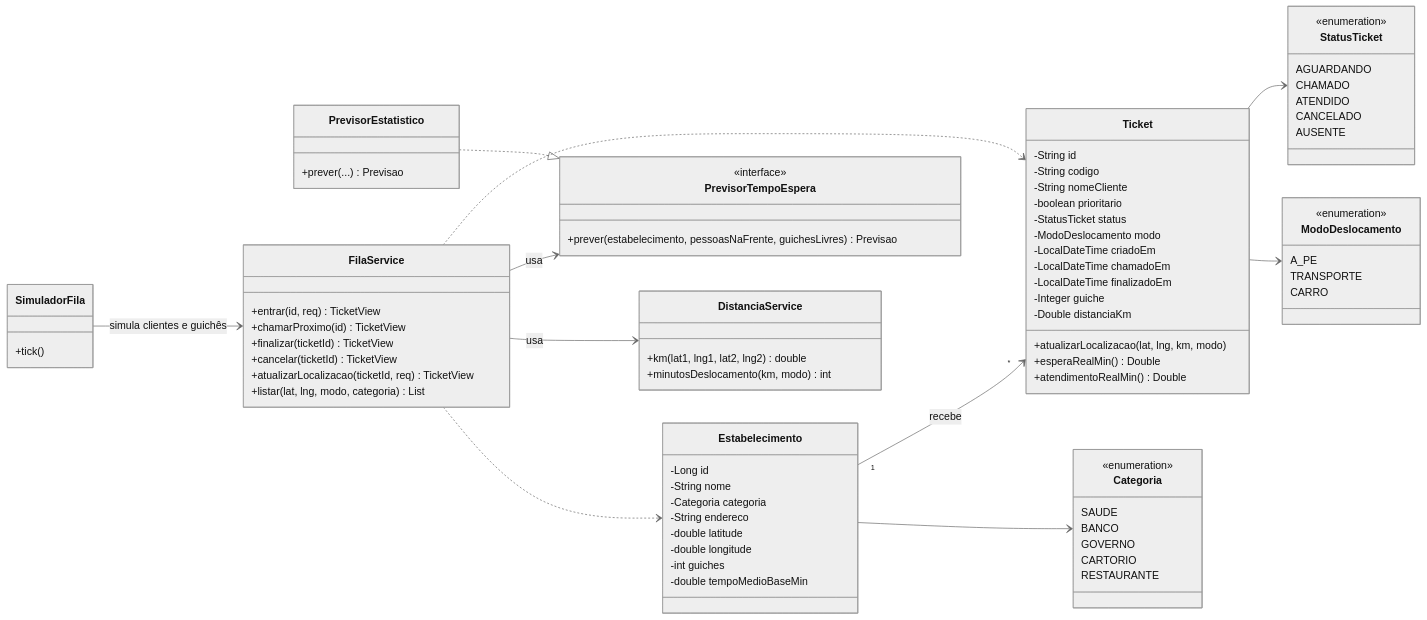
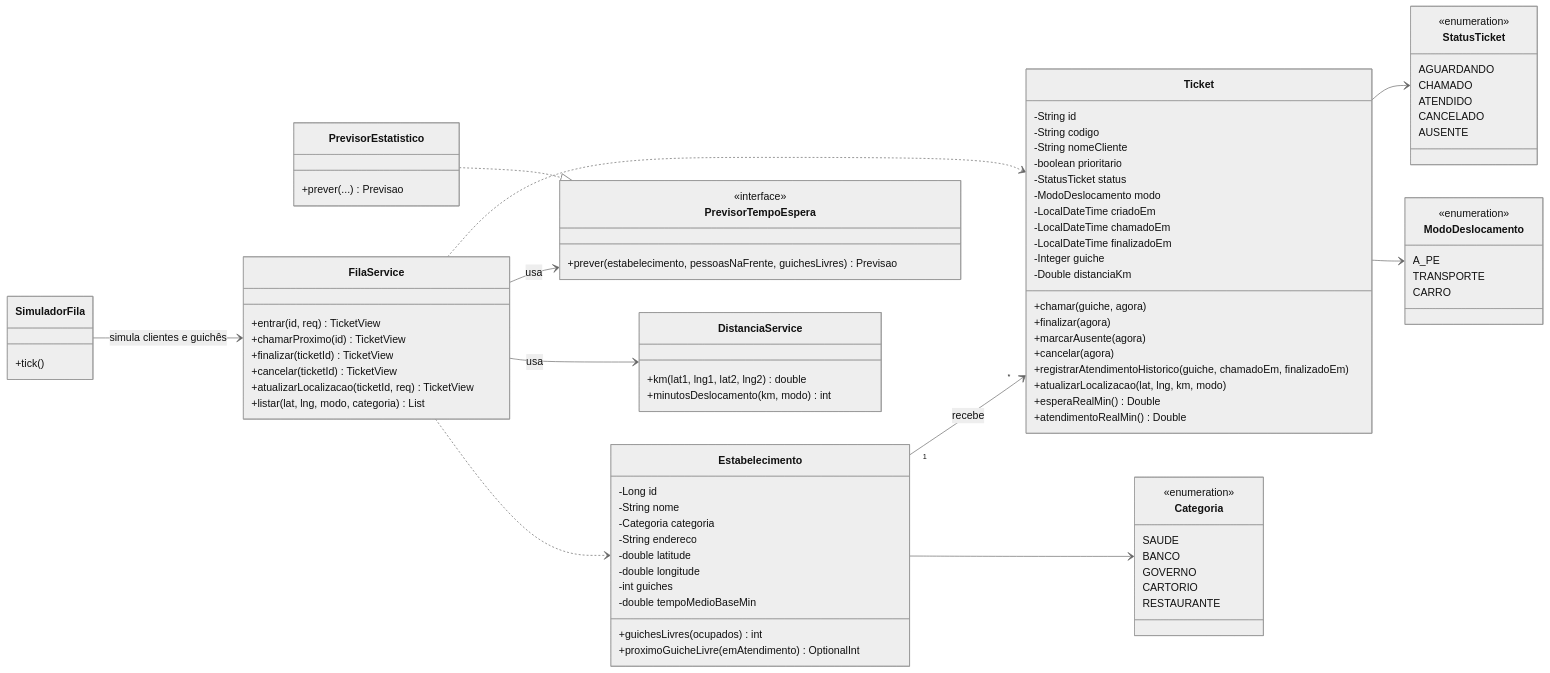
Before and after one commit to DiegoZandonadi/fila-certa: the first of 4 diagrams in docs/modelo-de-dominio.md, drawn with Mermaid (neutral theme). The commit also changed other lines of this file and 13 other files, not shown here.

```diff
--- a/docs/modelo-de-dominio.md
+++ b/docs/modelo-de-dominio.md
@@ -17,6 +17,8 @@
         -double longitude
         -int guiches
         -double tempoMedioBaseMin
+        +guichesLivres(ocupados) int
+        +proximoGuicheLivre(emAtendimento) OptionalInt
     }
 
     class Ticket {
@@ -31,6 +33,11 @@
         -LocalDateTime finalizadoEm
         -Integer guiche
         -Double distanciaKm
+        +chamar(guiche, agora)
+        +finalizar(agora)
+        +marcarAusente(agora)
+        +cancelar(agora)
+        +registrarAtendimentoHistorico(guiche, chamadoEm, finalizadoEm)
         +atualizarLocalizacao(lat, lng, km, modo)
         +esperaRealMin() Double
         +atendimentoRealMin() Double
```
